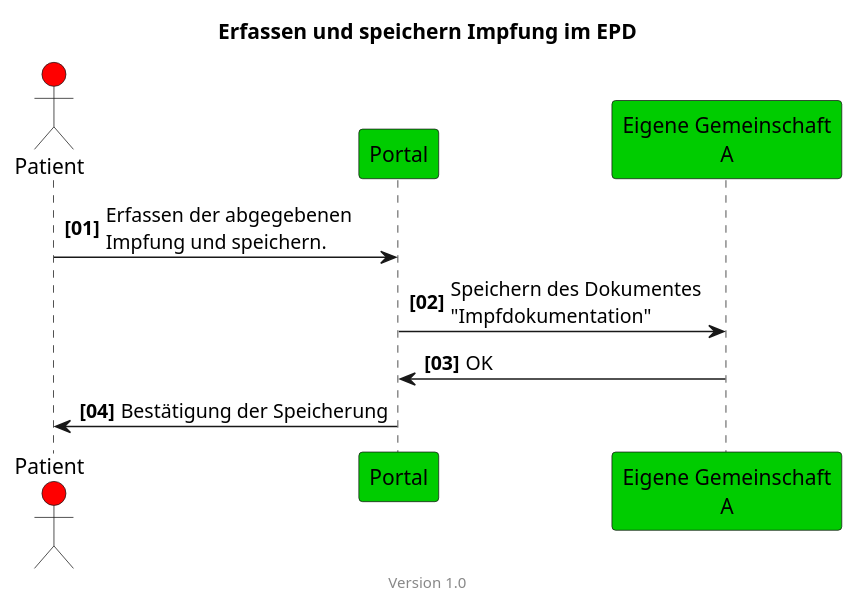
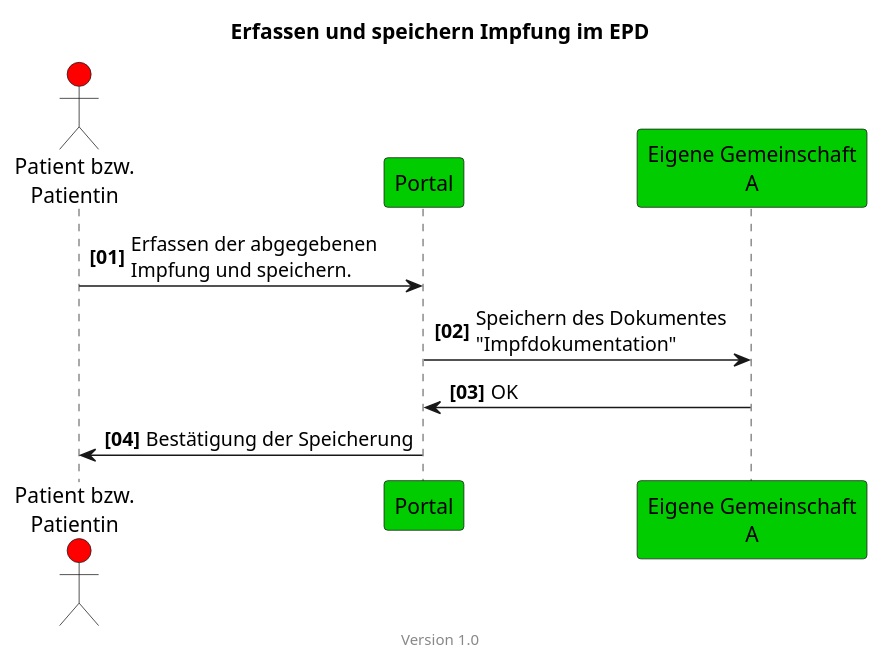
Before and after one commit to hl7ch/ch-vacd: the diagram in input/images-source/epd-immunizationadmin-vaccination-doc-simple-patient-de.plantuml, drawn with PlantUML. The commit also changed 7 other files, not shown here.

Commit message:
genderize the patient entries in the diagrams. add missing diagrams into pages (#390)

```diff
--- a/input/images-source/epd-immunizationadmin-vaccination-doc-simple-patient-de.plantuml
+++ b/input/images-source/epd-immunizationadmin-vaccination-doc-simple-patient-de.plantuml
@@ -1,18 +1,18 @@
 @startuml
 title Erfassen und speichern Impfung im EPD
 footer Version 1.0
 skinparam responseMessageBelowArrow true
 scale max 800 width
 
-actor Patient #red
+actor "Patient bzw.\nPatientin" as pat #red
 participant "Portal" #00CC00
 participant "Eigene Gemeinschaft\nA" #00CC00
 
 autonumber "<b>[00]"
-Patient -> "Portal": Erfassen der abgegebenen \nImpfung und speichern.
+pat -> "Portal": Erfassen der abgegebenen \nImpfung und speichern.
 "Portal" -> "Eigene Gemeinschaft\nA": Speichern des Dokumentes\n"Impfdokumentation"
 "Eigene Gemeinschaft\nA" -> "Portal": OK
 
-"Portal" -> Patient: Bestätigung der Speicherung
+"Portal" -> pat: Bestätigung der Speicherung
 
 @enduml
```
